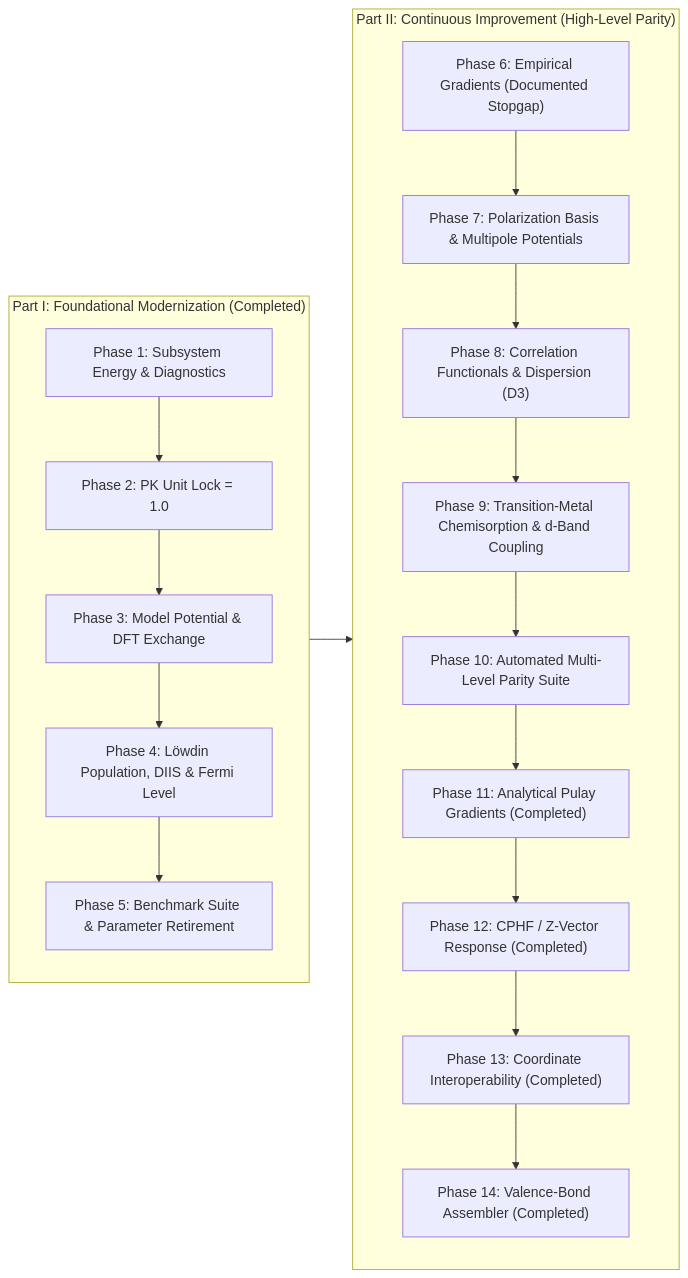
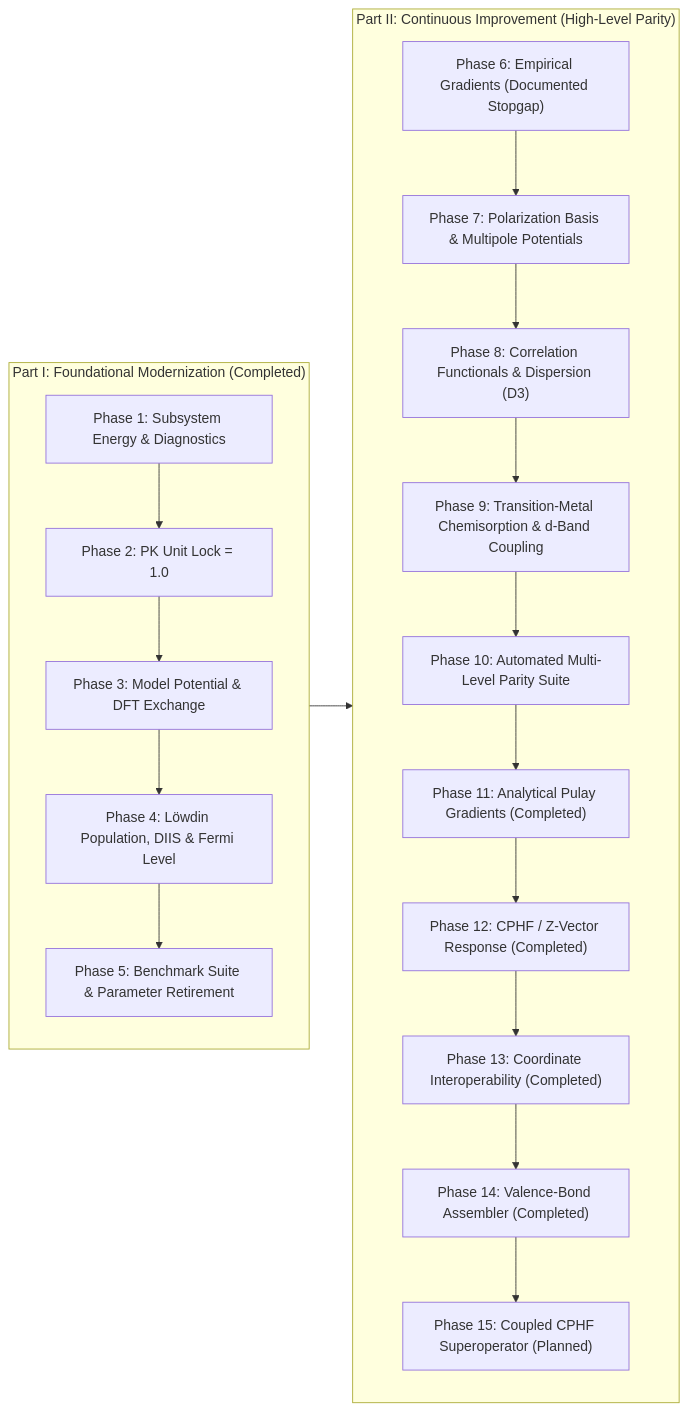
The diagram in ROADMAP.md (JackS9/phatpsy2), drawn with Mermaid before and after one commit. The commit also changed other lines of this file, not shown here.

Commit message:
docs(roadmap): add Phase 15 for full coupled CPHF superoperator response

````diff
--- a/ROADMAP.md
+++ b/ROADMAP.md
@@ -178,26 +183,27 @@
 ```mermaid
 flowchart LR
     subgraph Part1["Part I: Foundational Modernization (Completed)"]
         P1["Phase 1: Subsystem Energy & Diagnostics"]
         P2["Phase 2: PK Unit Lock = 1.0"]
         P3["Phase 3: Model Potential & DFT Exchange"]
         P4["Phase 4: Löwdin Population, DIIS & Fermi Level"]
         P5["Phase 5: Benchmark Suite & Parameter Retirement"]
         P1 --> P2 --> P3 --> P4 --> P5
     end
 
     subgraph Part2["Part II: Continuous Improvement (High-Level Parity)"]
         P6["Phase 6: Empirical Gradients (Documented Stopgap)"]
         P7["Phase 7: Polarization Basis & Multipole Potentials"]
         P8["Phase 8: Correlation Functionals & Dispersion (D3)"]
         P9["Phase 9: Transition-Metal Chemisorption & d-Band Coupling"]
         P10["Phase 10: Automated Multi-Level Parity Suite"]
         P11["Phase 11: Analytical Pulay Gradients (Completed)"]
         P12["Phase 12: CPHF / Z-Vector Response (Completed)"]
         P13["Phase 13: Coordinate Interoperability (Completed)"]
         P14["Phase 14: Valence-Bond Assembler (Completed)"]
-        P6 --> P7 --> P8 --> P9 --> P10 --> P11 --> P12 --> P13 --> P14
+        P15["Phase 15: Coupled CPHF Superoperator (Planned)"]
+        P6 --> P7 --> P8 --> P9 --> P10 --> P11 --> P12 --> P13 --> P14 --> P15
     end
 
     Part1 --> Part2
 ```
````
